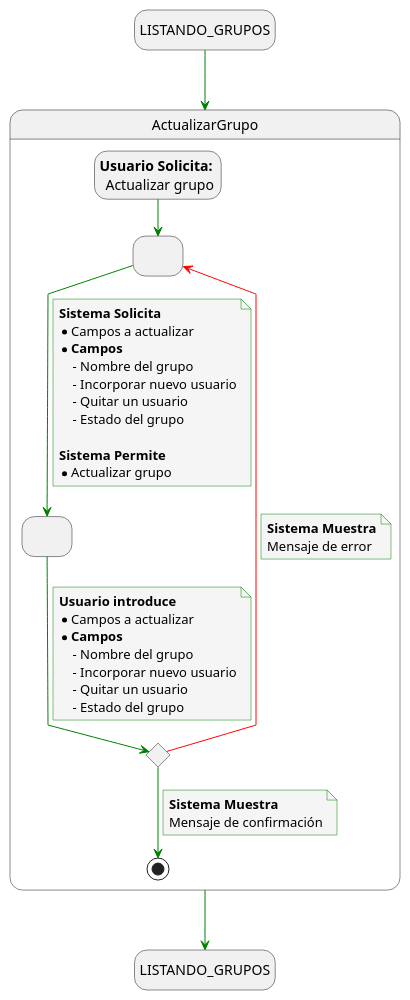
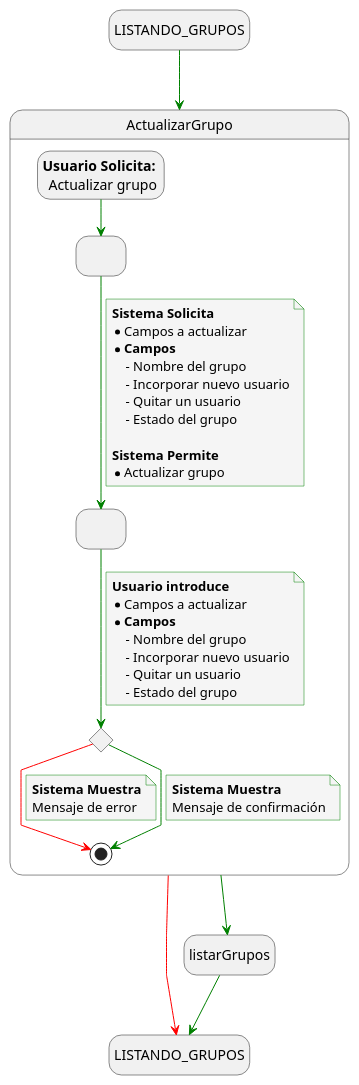
The diagram in docs/casosDeUso/detalladoCasosDeUso/detalladoGrupos/detalladoActualizarGrupos.puml (mmasias/24-25-IdSw1-SDR), drawn with PlantUML before and after one commit. The commit also changed 1 other file, not shown here.

Commit message:
FIX/ cambio en actualizar grupos

```diff
--- a/docs/casosDeUso/detalladoCasosDeUso/detalladoGrupos/detalladoActualizarGrupos.puml
+++ b/docs/casosDeUso/detalladoCasosDeUso/detalladoGrupos/detalladoActualizarGrupos.puml
@@ -1,65 +1,68 @@
 @startuml actualizar_grupo
 
 skinparam {
   NoteBackgroundColor #whiteSmoke
   ArrowColor #green
   NoteBorderColor #green
   linetype polyline
 }
 
 hide empty description
 
 state startState as "LISTANDO_GRUPOS"
 state endState as "LISTANDO_GRUPOS"
+state listarGrupos as "listarGrupos"
 
 startState --> ActualizarGrupo
 
-ActualizarGrupo --> endState
+ActualizarGrupo -[#red]-> endState
+ActualizarGrupo -[#green]-> listarGrupos
+listarGrupos -[#green]-> endState
 
 state ActualizarGrupo {
     state solicitudFiltros as " "
     state envioFiltros as " "
     state revisionFiltrosEnviados <<choice>>
     state usuarioSolicita as "<b>Usuario Solicita:</b> \n Actualizar grupo"
 
     usuarioSolicita --> solicitudFiltros
     solicitudFiltros --> envioFiltros
     note on link
         <b>Sistema Solicita</b>
         * Campos a actualizar
         * <b>Campos</b>
             - Nombre del grupo
             - Incorporar nuevo usuario
             - Quitar un usuario
             - Estado del grupo
 
         <b>Sistema Permite</b>
         * Actualizar grupo
     end note
 
     envioFiltros --> revisionFiltrosEnviados
     note on link
         <b>Usuario introduce</b>
         * Campos a actualizar
         * <b>Campos</b>
             - Nombre del grupo
             - Incorporar nuevo usuario
             - Quitar un usuario
             - Estado del grupo
     end note
 
-    revisionFiltrosEnviados -[#red]-> solicitudFiltros
+    revisionFiltrosEnviados -[#red]-> [*]
 
     note on link
         <b>Sistema Muestra</b>
         Mensaje de error
     end note
 
     revisionFiltrosEnviados --> [*]
     note on link
         <b>Sistema Muestra</b>
         Mensaje de confirmación
     end note
 }
 
 @enduml
```
